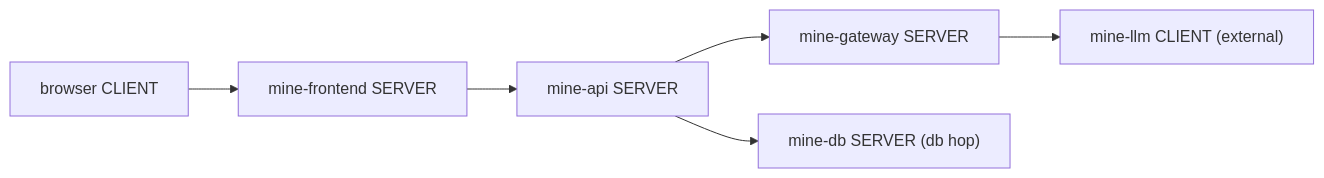
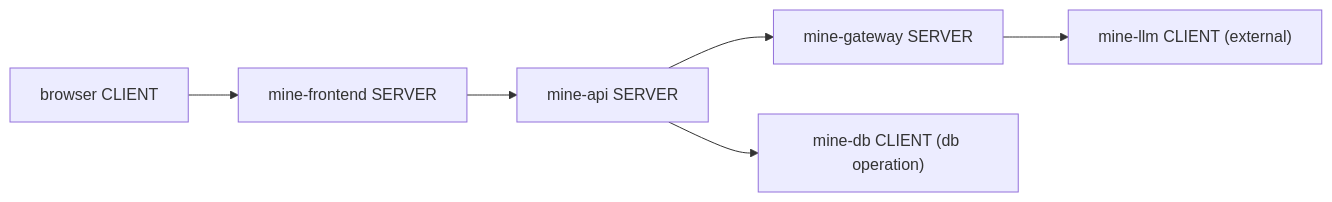
One commit to rknightion/synthkit changed the diagram in docs/workloads.md. Above: the diagram before and after it, drawn with Mermaid. The commit also changed other lines of this file and 3 other files, not shown here.

````diff
--- a/docs/workloads.md
+++ b/docs/workloads.md
@@ -246,15 +251,15 @@
 ```mermaid
 graph LR
     browser["browser CLIENT"]
     fe["mine-frontend SERVER"]
     api["mine-api SERVER"]
     gw["mine-gateway SERVER"]
     llm["mine-llm CLIENT (external)"]
-    db["mine-db SERVER (db hop)"]
+    db["mine-db CLIENT (db operation)"]
 
     browser --> fe
     fe --> api
     api --> gw
     api --> db
     gw --> llm
 ```
````
